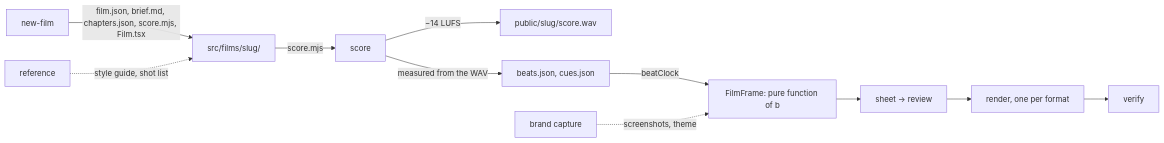
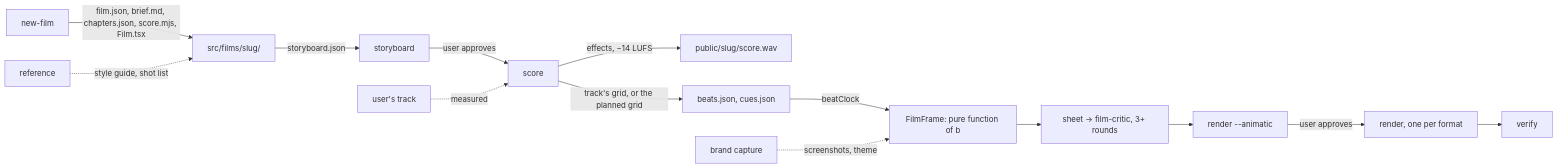
The second of 2 diagrams in docs/MOTION_KIT.md (alxv2016/claude-animation), drawn with Mermaid before and after one commit. The commit also changed other lines of this file and 35 other files, not shown here.

````diff
--- a/docs/MOTION_KIT.md
+++ b/docs/MOTION_KIT.md
@@ -124,12 +125,13 @@
 ```mermaid
 flowchart LR
   NF[new-film] -->|film.json, brief.md, chapters.json, score.mjs, Film.tsx| DIR[src/films/slug/]
-  DIR -->|score.mjs| SC[score]
-  SC -->|−14 LUFS| WAV[public/slug/score.wav]
-  SC -->|measured from the WAV| BJ[beats.json, cues.json]
+  DIR -->|storyboard.json| SB[storyboard] -->|user approves| SC[score]
+  TR[user's track] -.->|measured| SC
+  SC -->|effects, −14 LUFS| WAV[public/slug/score.wav]
+  SC -->|track's grid, or the planned grid| BJ[beats.json, cues.json]
   BJ -->|beatClock| FILM[FilmFrame: pure function of b]
-  FILM --> SH[sheet → review]
-  SH --> RN[render, one per format] --> VF[verify]
+  FILM --> SH[sheet → film-critic, 3+ rounds]
+  SH --> AN[render --animatic] -->|user approves| RN[render, one per format] --> VF[verify]
   REF[reference] -.->|style guide, shot list| DIR
   BR[brand capture] -.->|screenshots, theme| FILM
 ```
````
